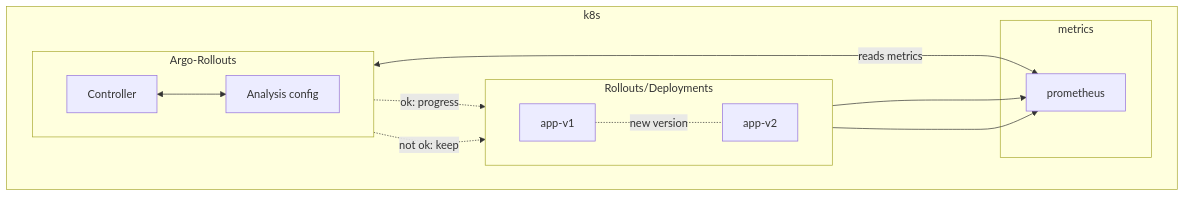
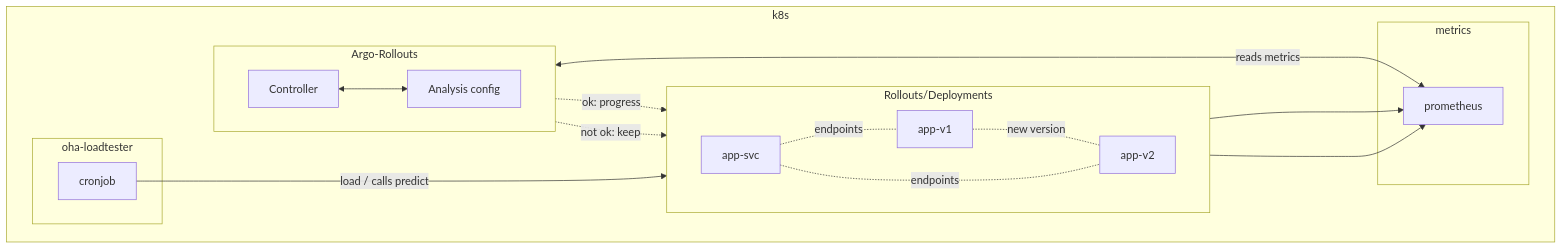
Before and after one commit to fernhtls/argo-rollouts-config: the diagram in README.md, drawn with Mermaid. The commit also changed other lines of this file and 7 other files, not shown here.

Commit message:
adding final configs for oha-loadtester and rollouts

````diff
--- a/README.md
+++ b/README.md
@@ -20,25 +20,32 @@
 ```mermaid
 graph TB 
     subgraph k8s 
         subgraph metrics
             prometheus
         end
         subgraph rollout_deployments["Rollouts/Deployments"]
         direction LR
             app-v1
             app-v2
+            app-svc
         end
         subgraph argorollouts["Argo-Rollouts"]
         direction LR 
            controller["Controller"] 
            analysis["Analysis config"]
            controller <--> analysis
         end
+        subgraph loadtester["oha-loadtester"]
+            cronjob
+        end
     end
     app-v1 ---> prometheus
     app-v2 ---> prometheus
     app-v1 .- |new version| app-v2
+    app-svc .- |endpoints| app-v1
+    app-svc .- |endpoints| app-v2
+    cronjob ---> |load / calls predict| app-svc
     controller <---> |reads metrics| prometheus
     controller -.-> |ok: progress| app-v2
     controller -.-> |not ok: keep| app-v1
 ```
````
